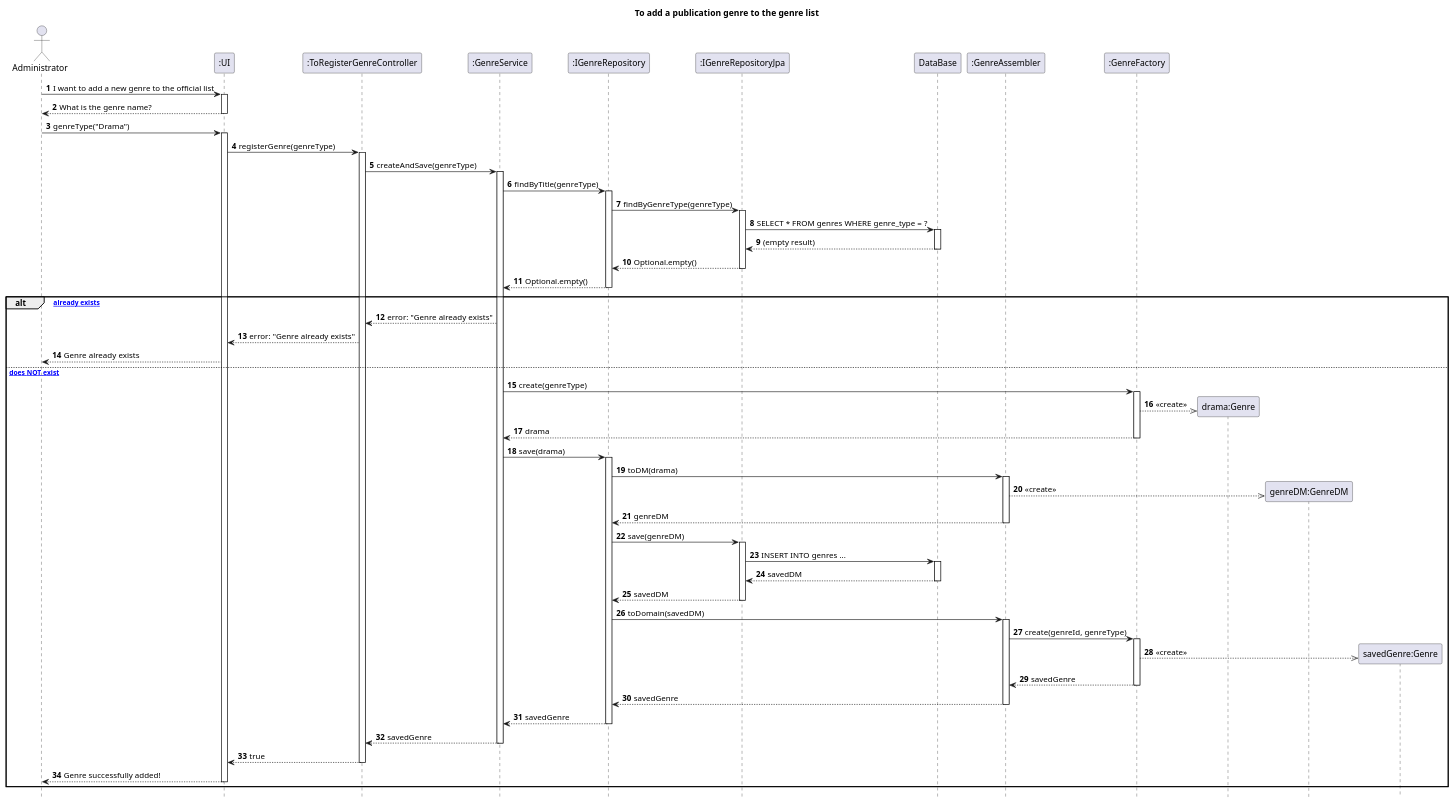
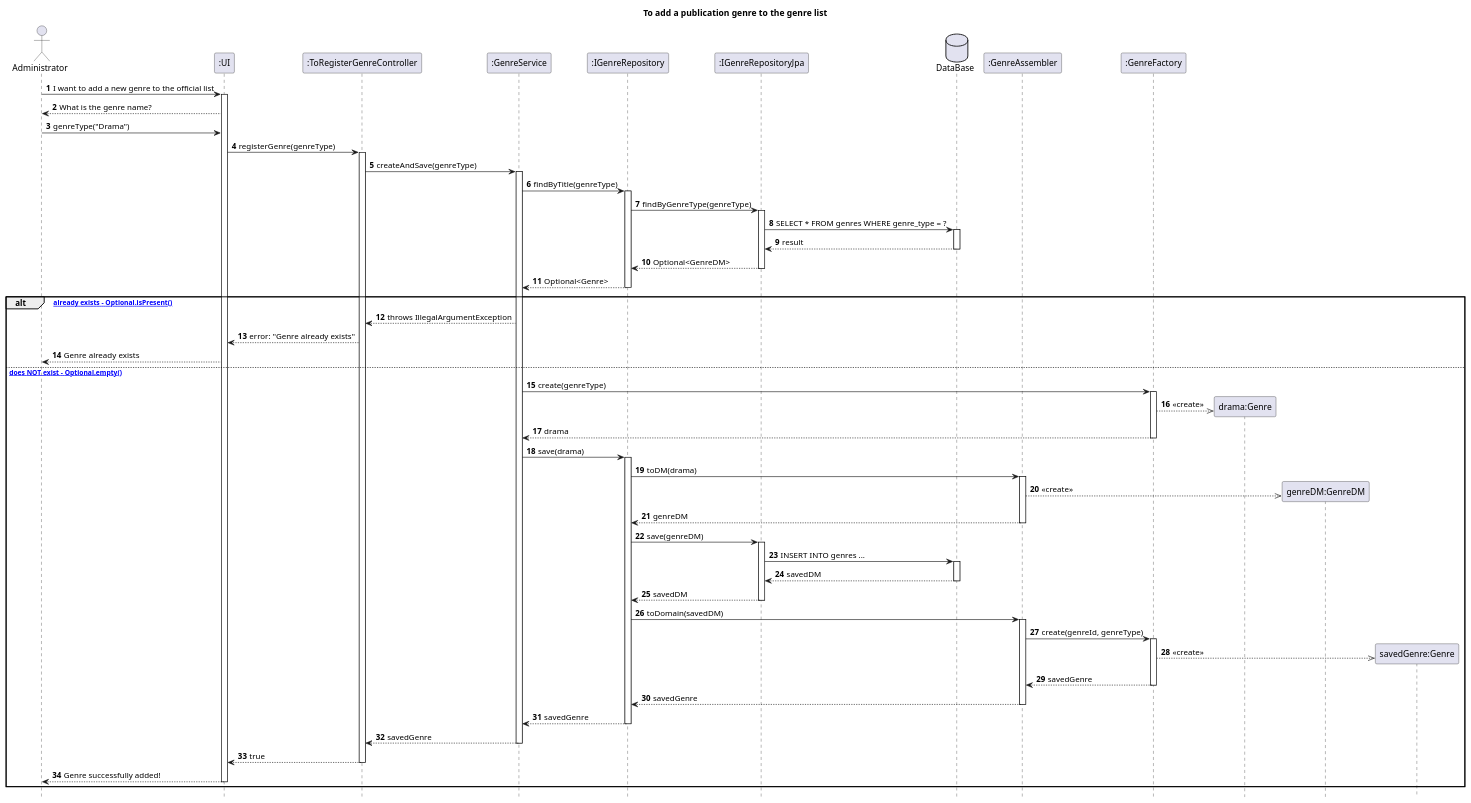
One commit to AndrePereiraGitH/SWitCH-Project-Team_A changed the diagram in Diagrams/SequenceDiagrams/N2/To-add-a-publication-genre-to-the-genre-list.puml. Above: the diagram before and after it, drawn with PlantUML. The commit also changed 2 other files, not shown here.

Commit message:
fix #759: add fields to GenreService and GenreAssembler in class diagram, fix alt block logic and deactivate UI in N2, fix test indentation

```diff
--- a/Diagrams/SequenceDiagrams/N2/To-add-a-publication-genre-to-the-genre-list.puml
+++ b/Diagrams/SequenceDiagrams/N2/To-add-a-publication-genre-to-the-genre-list.puml
@@ -1,104 +1,103 @@
 @startuml
 hide footbox
 autonumber
 title To add a publication genre to the genre list
 
 actor Administrator
 participant ":UI" as UI
 participant ":ToRegisterGenreController" as Ctrl
 participant ":GenreService" as Service
 participant ":IGenreRepository" as Repo
 participant ":IGenreRepositoryJpa" as JpaRepo
-participant "DataBase" as DB
+DataBase "DataBase" as DB
 participant ":GenreAssembler" as Assembler
 participant ":GenreFactory" as Factory
 
 Administrator -> UI : I want to add a new genre to the official list
 activate UI
 UI --> Administrator : What is the genre name?
-deactivate UI
+
 Administrator -> UI : genreType("Drama")
-activate UI
 
 UI -> Ctrl : registerGenre(genreType)
 activate Ctrl
 
 Ctrl -> Service : createAndSave(genreType)
 activate Service
 
 Service -> Repo : findByTitle(genreType)
 activate Repo
 
 Repo -> JpaRepo : findByGenreType(genreType)
 activate JpaRepo
 
 JpaRepo -> DB : SELECT * FROM genres WHERE genre_type = ?
 activate DB
-DB --> JpaRepo : (empty result)
+DB --> JpaRepo : result
 deactivate DB
 
-JpaRepo --> Repo : Optional.empty()
+JpaRepo --> Repo : Optional<GenreDM>
 deactivate JpaRepo
 
-Repo --> Service : Optional.empty()
+Repo --> Service : Optional<Genre>
 deactivate Repo
 
-alt [genre already exists]
-    Service --> Ctrl : error: "Genre already exists"
+alt [genre already exists - Optional.isPresent()]
+    Service --> Ctrl : throws IllegalArgumentException
     Ctrl --> UI : error: "Genre already exists"
     UI --> Administrator : Genre already exists
 
-else [genre does NOT exist]
+else [genre does NOT exist - Optional.empty()]
 
     Service -> Factory : create(genreType)
     activate Factory
     create "drama:Genre" as Genre
     Factory -->> Genre : <<create>>
     Factory --> Service : drama
     deactivate Factory
 
     Service -> Repo : save(drama)
     activate Repo
 
     Repo -> Assembler : toDM(drama)
     activate Assembler
     create "genreDM:GenreDM" as GenreDM
     Assembler -->> GenreDM : <<create>>
     Assembler --> Repo : genreDM
     deactivate Assembler
 
     Repo -> JpaRepo : save(genreDM)
     activate JpaRepo
     JpaRepo -> DB : INSERT INTO genres ...
     activate DB
     DB --> JpaRepo : savedDM
     deactivate DB
     JpaRepo --> Repo : savedDM
     deactivate JpaRepo
 
     Repo -> Assembler : toDomain(savedDM)
     activate Assembler
     Assembler -> Factory : create(genreId, genreType)
     activate Factory
     create "savedGenre:Genre" as SavedGenre
     Factory -->> SavedGenre : <<create>>
     Factory --> Assembler : savedGenre
     deactivate Factory
     Assembler --> Repo : savedGenre
     deactivate Assembler
 
     Repo --> Service : savedGenre
     deactivate Repo
 
     Service --> Ctrl : savedGenre
     deactivate Service
 
     Ctrl --> UI : true
     deactivate Ctrl
 
     UI --> Administrator : Genre successfully added!
     deactivate UI
 
 end
 
 @enduml
```
